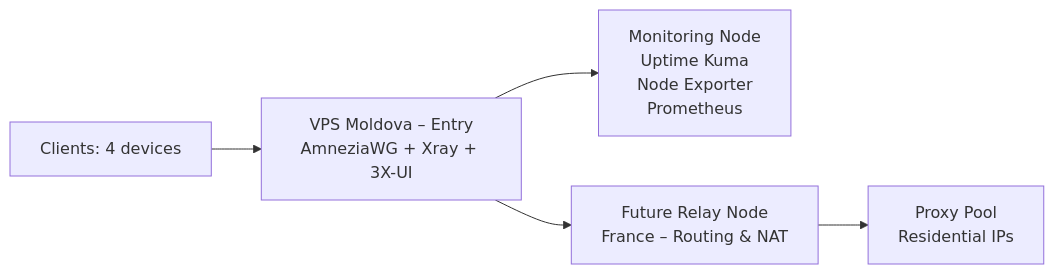
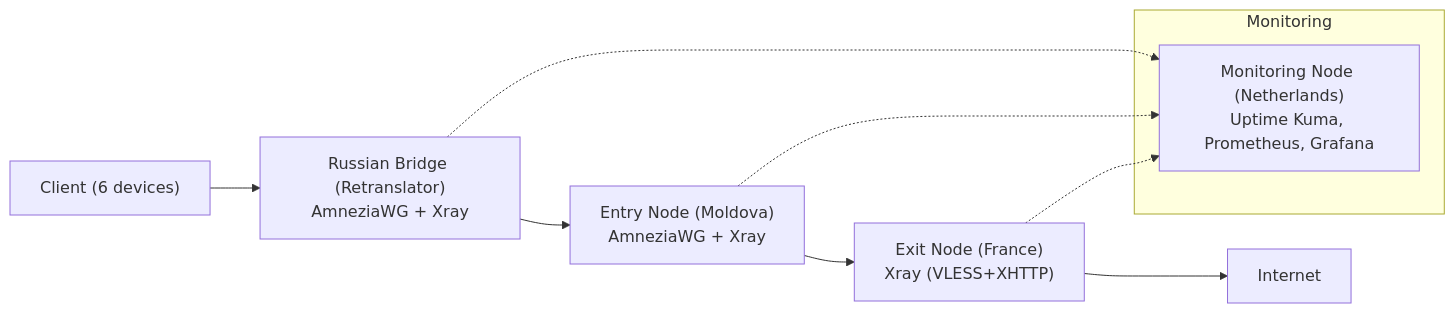
Before and after one commit to alexanderkozariychuk-pixel/vpn-infrastructure-showcase: the diagram in README.md, drawn with Mermaid. The commit also changed other lines of this file, not shown here.

````diff
--- a/README.md
+++ b/README.md
@@ -28,7 +32,15 @@
 ```mermaid
 graph LR
-    Clients["Clients: 4 devices"] --> Entry["VPS Moldova – Entry\nAmneziaWG + Xray + 3X-UI"]
-    Entry --> Monitoring["Monitoring Node\nUptime Kuma\nNode Exporter\nPrometheus"]
-    Entry --> Future["Future Relay Node\nFrance – Routing & NAT"]
-    Future --> Proxy["Proxy Pool\nResidential IPs"]
+    Client["Client (6 devices)"] --> Bridge["Russian Bridge (Retranslator)<br/>AmneziaWG + Xray"]
+    Bridge --> Entry["Entry Node (Moldova)<br/>AmneziaWG + Xray"]
+    Entry --> Exit["Exit Node (France)<br/>Xray (VLESS+XHTTP)"]
+    Exit --> Internet["Internet"]
+    
+    subgraph Monitoring
+        Monitor["Monitoring Node (Netherlands)<br/>Uptime Kuma, Prometheus, Grafana"]
+    end
+    
+    Bridge -.-> Monitor
+    Entry -.-> Monitor
+    Exit -.-> Monitor
 ```
````
